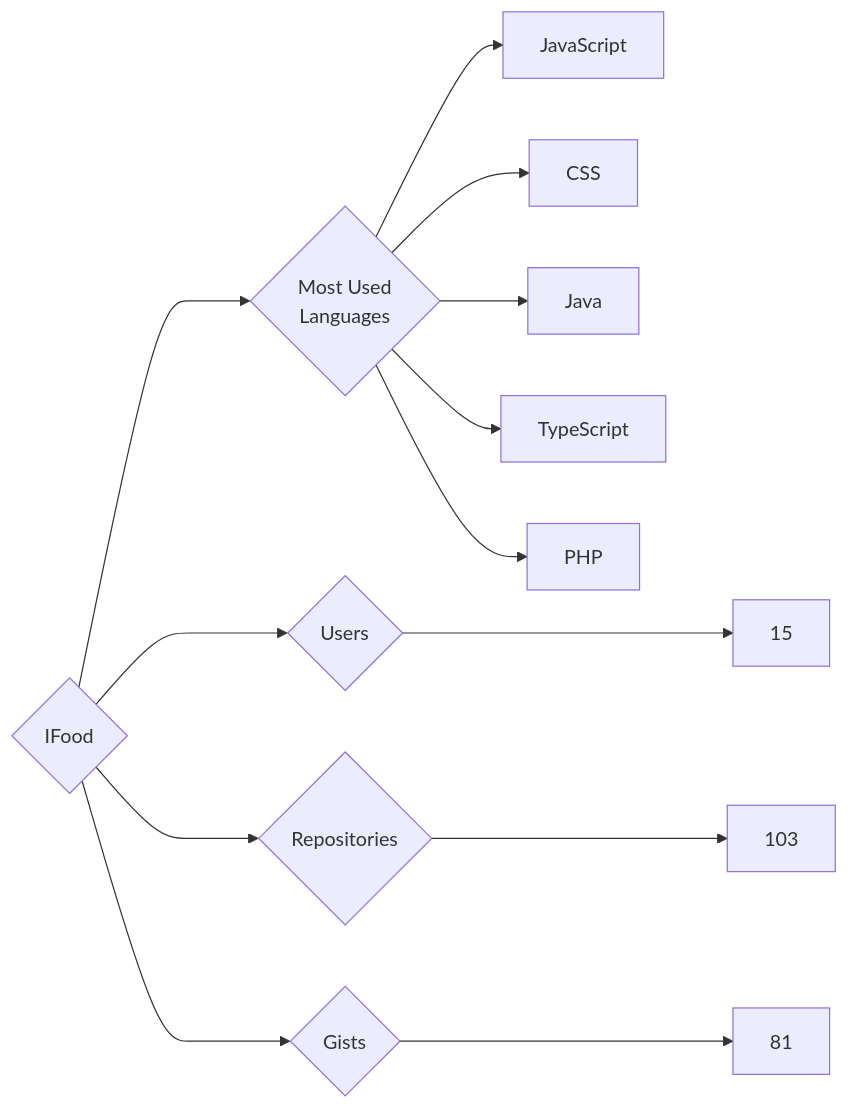
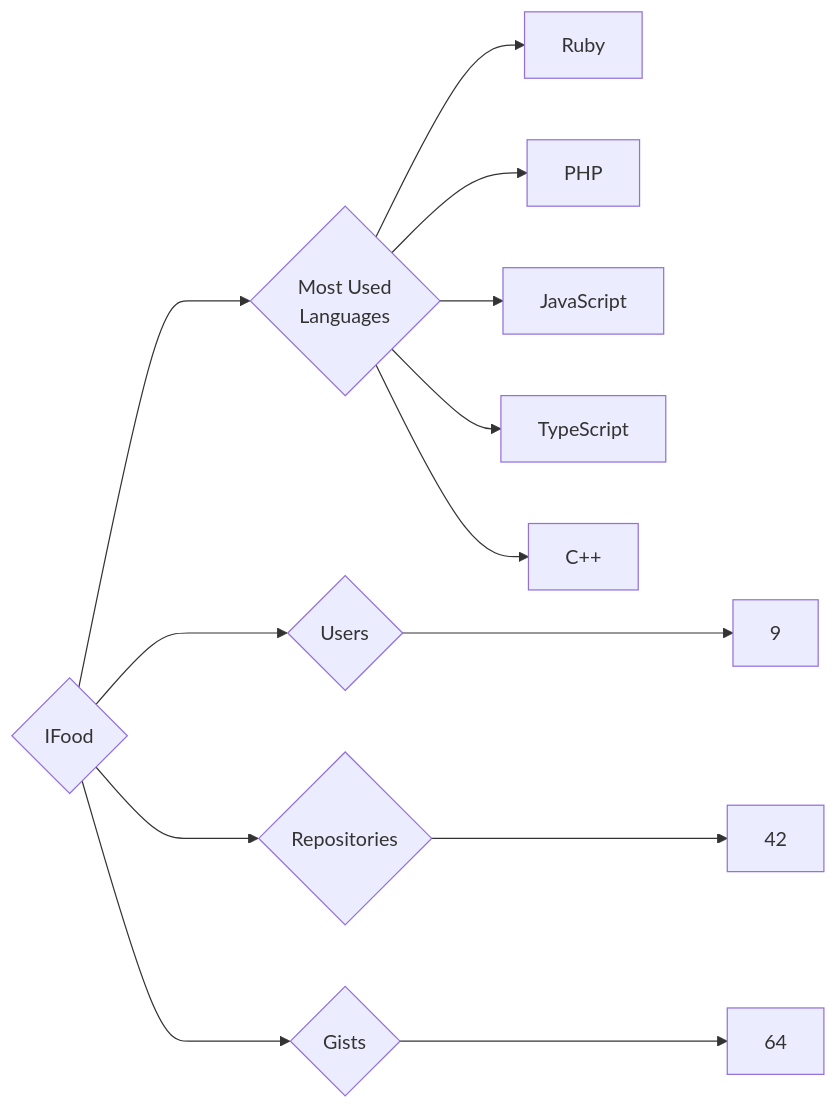
The diagram in targets/IFood/README.md (trickest/insiders), drawn with Mermaid before and after one commit. The commit also changed 873 other files, not shown here.

````diff
--- a/targets/IFood/README.md
+++ b/targets/IFood/README.md
@@ -3,13 +3,13 @@
 ```mermaid
 graph LR
 COMPANY_NAME{IFood}
-COMPANY_NAME ---> U{Users} ---> UN[15]
-COMPANY_NAME ---> R{Repositories} ---> RN[103]
-COMPANY_NAME ---> G{Gists} ---> GN[81]
+COMPANY_NAME ---> U{Users} ---> UN[9]
+COMPANY_NAME ---> R{Repositories} ---> RN[42]
+COMPANY_NAME ---> G{Gists} ---> GN[64]
 COMPANY_NAME ---> ML{Most Used<br>Languages}
+ML --> Ruby[Ruby]
+ML --> PHP[PHP]
 ML --> JavaScript[JavaScript]
-ML --> CSS[CSS]
-ML --> Java[Java]
 ML --> TypeScript[TypeScript]
-ML --> PHP[PHP]
+ML --> C++[C++]
 ```
````
